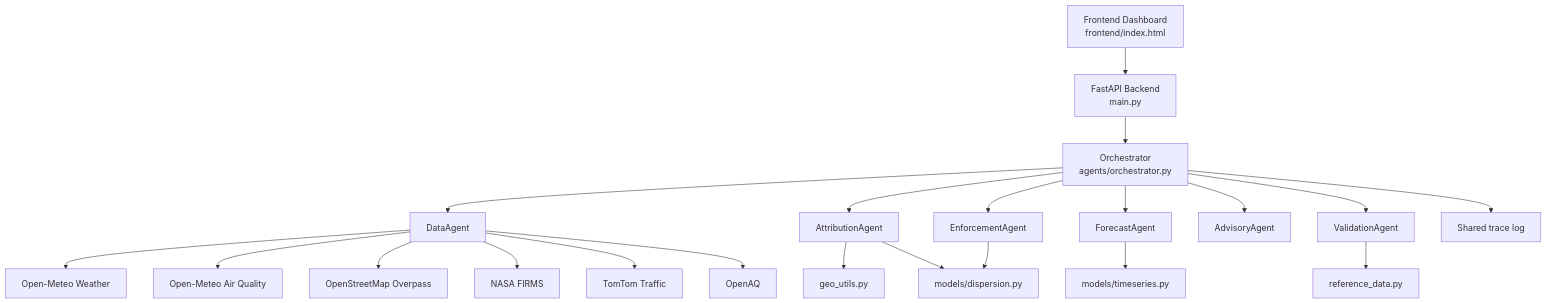
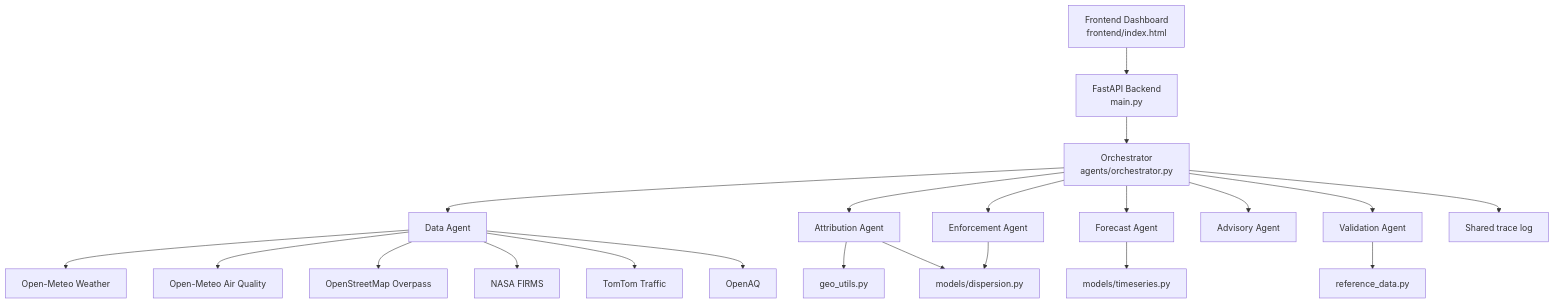
One commit to aritro98/AI-Powered-Urban-Air-Quality-Intelligence-for-Smart-City-Intervention changed the diagram in ARCHITECTURE.md. Above: the diagram before and after it, drawn with Mermaid. The commit also changed other lines of this file, not shown here.

Commit message:
Updated ARCHITECTURE

````diff
--- a/ARCHITECTURE.md
+++ b/ARCHITECTURE.md
@@ -69,30 +57,30 @@
 ```mermaid
 flowchart TD
     UI[Frontend Dashboard<br/>frontend/index.html]
     API[FastAPI Backend<br/>main.py]
     ORCH[Orchestrator<br/>agents/orchestrator.py]
 
     UI --> API
     API --> ORCH
 
-    ORCH --> DA[DataAgent]
-    ORCH --> AA[AttributionAgent]
-    ORCH --> FA[ForecastAgent]
-    ORCH --> EA[EnforcementAgent]
-    ORCH --> SA[AdvisoryAgent]
-    ORCH --> VA[ValidationAgent]
+    ORCH --> DA[Data Agent]
+    ORCH --> AA[Attribution Agent]
+    ORCH --> FA[Forecast Agent]
+    ORCH --> EA[Enforcement Agent]
+    ORCH --> SA[Advisory Agent]
+    ORCH --> VA[Validation Agent]
 
     DA --> EXT1[Open-Meteo Weather]
     DA --> EXT2[Open-Meteo Air Quality]
     DA --> EXT3[OpenStreetMap Overpass]
     DA --> EXT4[NASA FIRMS]
     DA --> EXT5[TomTom Traffic]
     DA --> EXT6[OpenAQ]
 
     AA --> GEO[geo_utils.py]
     AA --> DISP[models/dispersion.py]
     FA --> TS[models/timeseries.py]
     EA --> DISP
     VA --> REF[reference_data.py]
     ORCH --> TRACE[Shared trace log]
 ```
````
